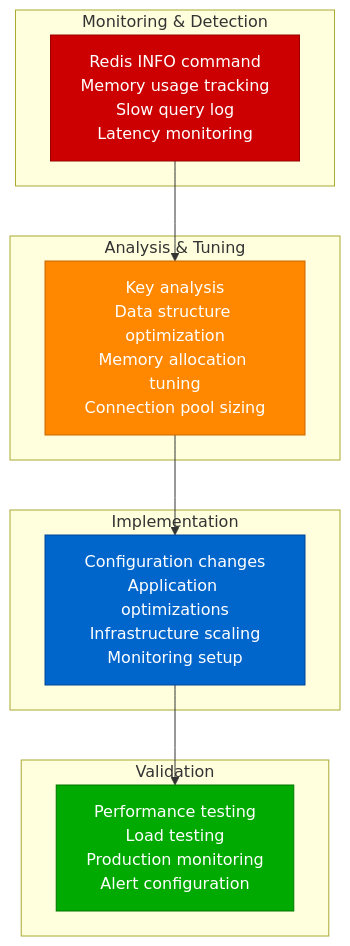
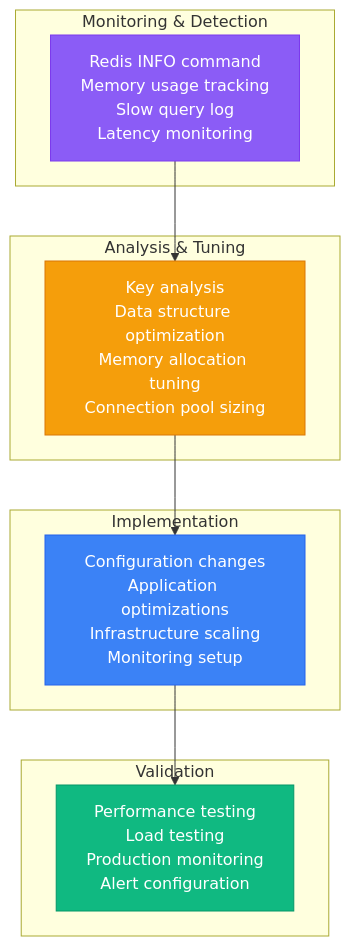
Diagram 15 of 15 in site/docs/performance/redis-performance-profile.md (deepaucksharma/DS), drawn with Mermaid before and after one commit. The commit also changed other lines of this file and 303 other files, not shown here.

````diff
--- a/site/docs/performance/redis-performance-profile.md
+++ b/site/docs/performance/redis-performance-profile.md
@@ -527,30 +527,30 @@
 ```mermaid
 graph TB
     subgraph "Monitoring & Detection"
         MON1[Redis INFO command<br/>Memory usage tracking<br/>Slow query log<br/>Latency monitoring]
     end
 
     subgraph "Analysis & Tuning"
         TUNE1[Key analysis<br/>Data structure optimization<br/>Memory allocation tuning<br/>Connection pool sizing]
     end
 
     subgraph "Implementation"
         IMPL1[Configuration changes<br/>Application optimizations<br/>Infrastructure scaling<br/>Monitoring setup]
     end
 
     subgraph "Validation"
         VAL1[Performance testing<br/>Load testing<br/>Production monitoring<br/>Alert configuration]
     end
 
     MON1 --> TUNE1 --> IMPL1 --> VAL1
 
-    classDef monitorStyle fill:#CC0000,stroke:#990000,color:#fff
-    classDef tuneStyle fill:#FF8800,stroke:#CC6600,color:#fff
-    classDef implStyle fill:#0066CC,stroke:#004499,color:#fff
-    classDef valStyle fill:#00AA00,stroke:#007700,color:#fff
+    classDef monitorStyle fill:#8B5CF6,stroke:#7C3AED,color:#fff
+    classDef tuneStyle fill:#F59E0B,stroke:#D97706,color:#fff
+    classDef implStyle fill:#3B82F6,stroke:#2563EB,color:#fff
+    classDef valStyle fill:#10B981,stroke:#059669,color:#fff
 
     class MON1 monitorStyle
     class TUNE1 tuneStyle
     class IMPL1 implStyle
     class VAL1 valStyle
 ```
````
